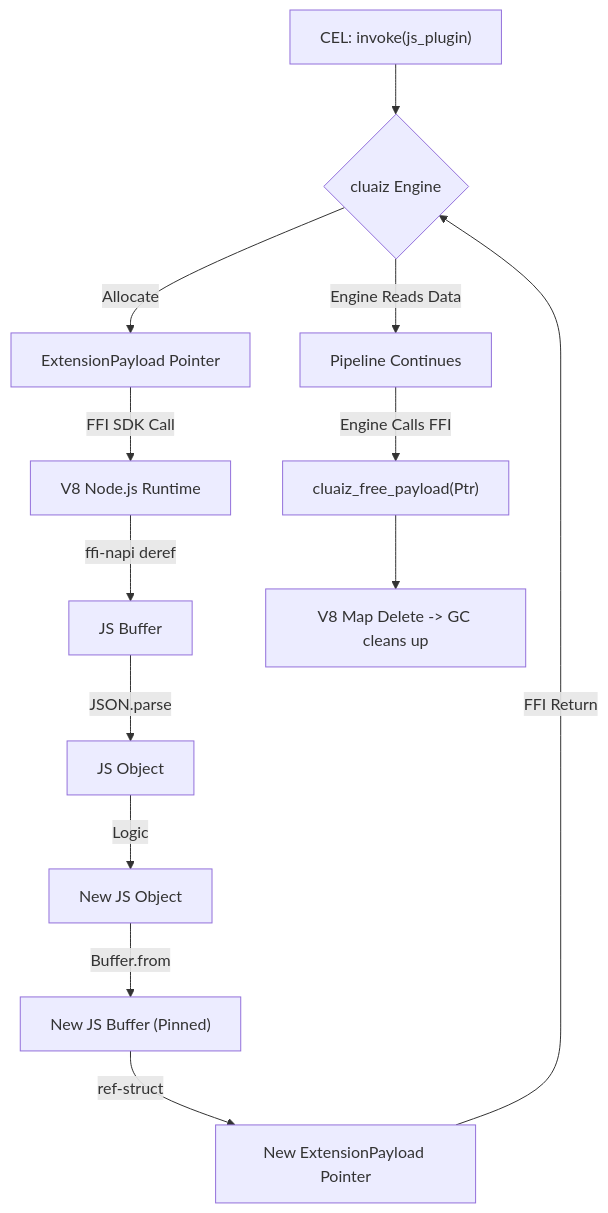
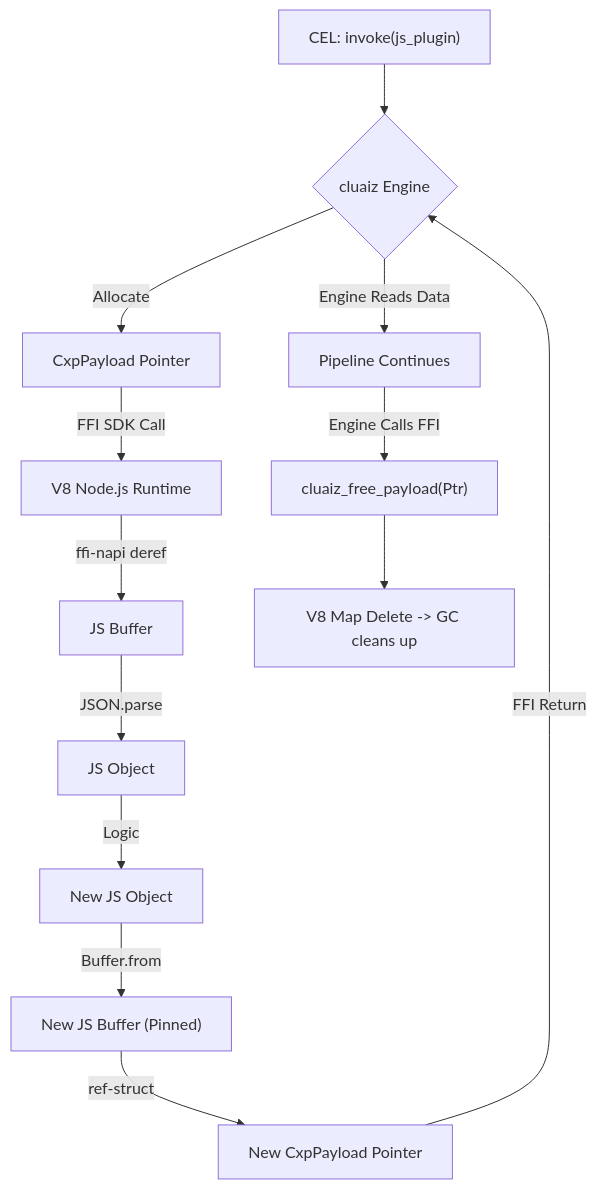
Before and after one commit to ayan-kushwaha/Cluaiz-: the diagram in docs/cel/sdk/nodejs-ffi.md, drawn with Mermaid. The commit also changed other lines of this file and 109 other files, not shown here.

````diff
--- a/docs/cel/sdk/nodejs-ffi.md
+++ b/docs/cel/sdk/nodejs-ffi.md
@@ -111,21 +111,21 @@
 ```mermaid
 flowchart TD
     A["CEL: invoke(js_plugin)"] --> B{"cluaiz Engine"}
     
-    B -->|Allocate| C["ExtensionPayload Pointer"]
+    B -->|Allocate| C["CxpPayload Pointer"]
     
     C -->|FFI SDK Call| D["V8 Node.js Runtime"]
     
     D -->|ffi-napi deref| E["JS Buffer"]
     E -->|JSON.parse| F["JS Object"]
     F -->|Logic| G["New JS Object"]
     
     G -->|Buffer.from| H["New JS Buffer (Pinned)"]
-    H -->|ref-struct| I["New ExtensionPayload Pointer"]
+    H -->|ref-struct| I["New CxpPayload Pointer"]
     
     I -->|FFI Return| B
     B -->|Engine Reads Data| J["Pipeline Continues"]
     
     J -->|Engine Calls FFI| K["cluaiz_free_payload(Ptr)"]
     K --> L["V8 Map Delete -> GC cleans up"]
 ```
````
